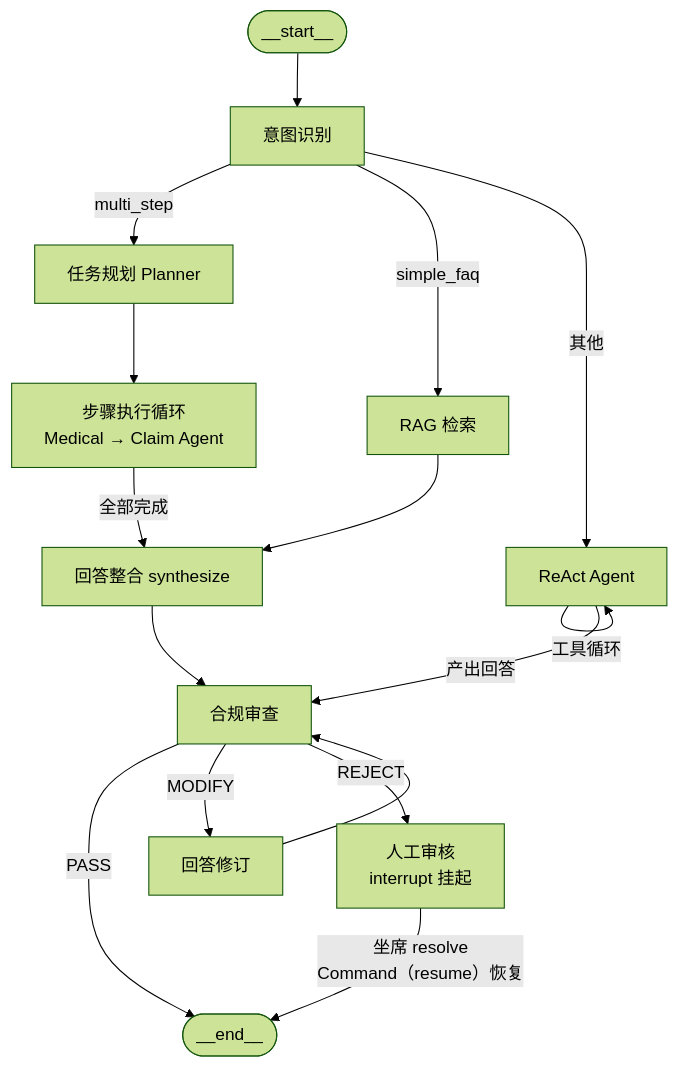
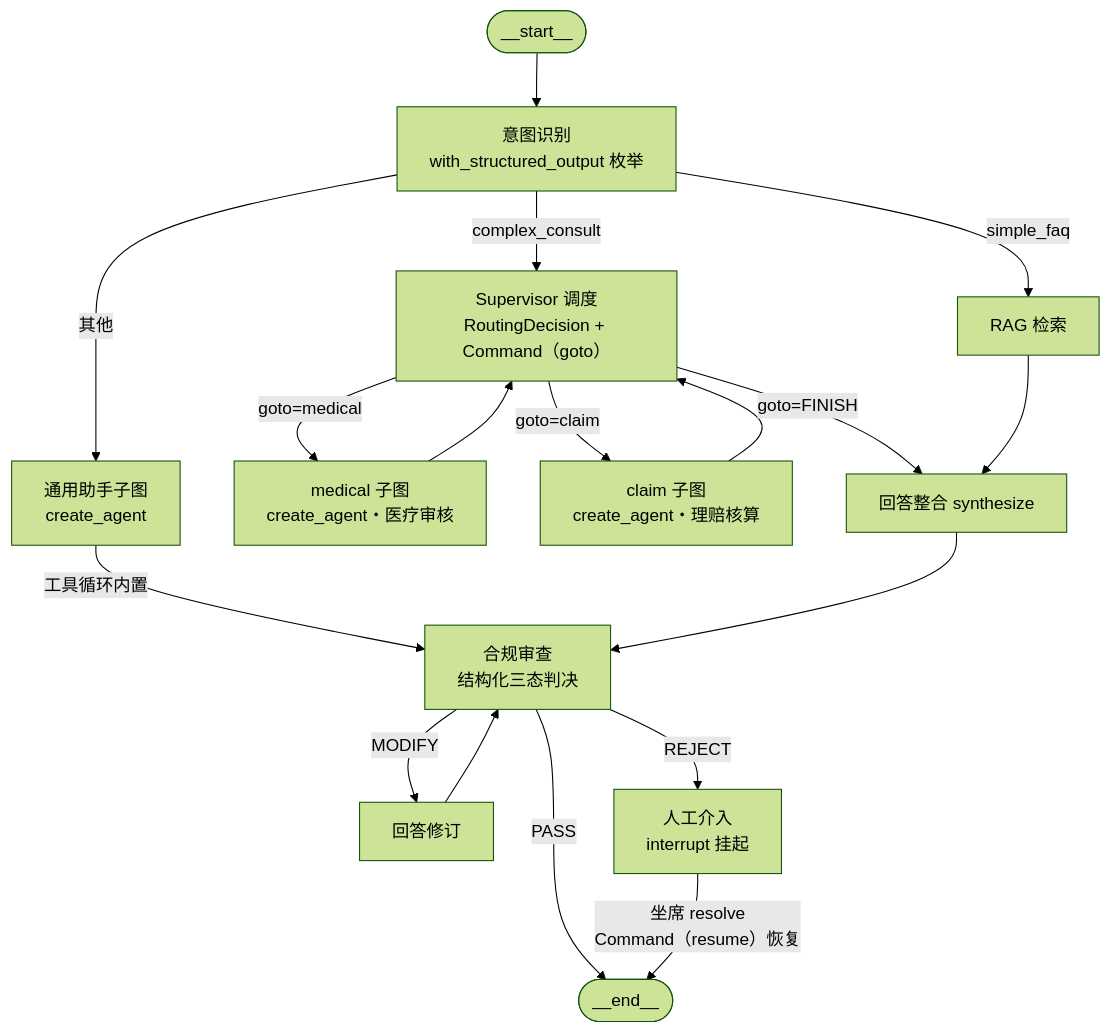
One commit to Soleil1043/claimflow changed the diagram in README.md. Above: the diagram before and after it, drawn with Mermaid (forest theme). The commit also changed other lines of this file and 19 other files, not shown here.

````diff
--- a/README.md
+++ b/README.md
@@ -32,17 +32,19 @@
 ```mermaid
 graph TD
-    START([__start__]) --> intent[意图识别]
-    intent -->|multi_step| planner[任务规划 Planner]
+    START([__start__]) --> intent[意图识别<br/>with_structured_output 枚举]
+    intent -->|complex_consult| supervisor[Supervisor 调度<br/>RoutingDecision + Command（goto）]
     intent -->|simple_faq| rag[RAG 检索]
-    intent -->|其他| react[ReAct Agent]
-    planner --> step_exec[步骤执行循环<br/>Medical → Claim Agent]
-    step_exec -->|全部完成| synth[回答整合 synthesize]
+    intent -->|其他| react[通用助手子图<br/>create_agent]
+    supervisor -->|goto=medical| medical[medical 子图<br/>create_agent・医疗审核]
+    supervisor -->|goto=claim| claim[claim 子图<br/>create_agent・理赔核算]
+    supervisor -->|goto=FINISH| synth[回答整合 synthesize]
+    medical --> supervisor
+    claim --> supervisor
     rag --> synth
-    react -->|工具循环| react
-    react -->|产出回答| compliance[合规审查]
+    react -->|工具循环内置| compliance[合规审查<br/>结构化三态判决]
     synth --> compliance
     compliance -->|PASS| END([__end__])
     compliance -->|MODIFY| revise[回答修订] --> compliance
-    compliance -->|REJECT| human_review[人工审核<br/>interrupt 挂起]
+    compliance -->|REJECT| human_review[人工介入<br/>interrupt 挂起]
     human_review -->|坐席 resolve<br/>Command（resume）恢复| END
 ```
````
